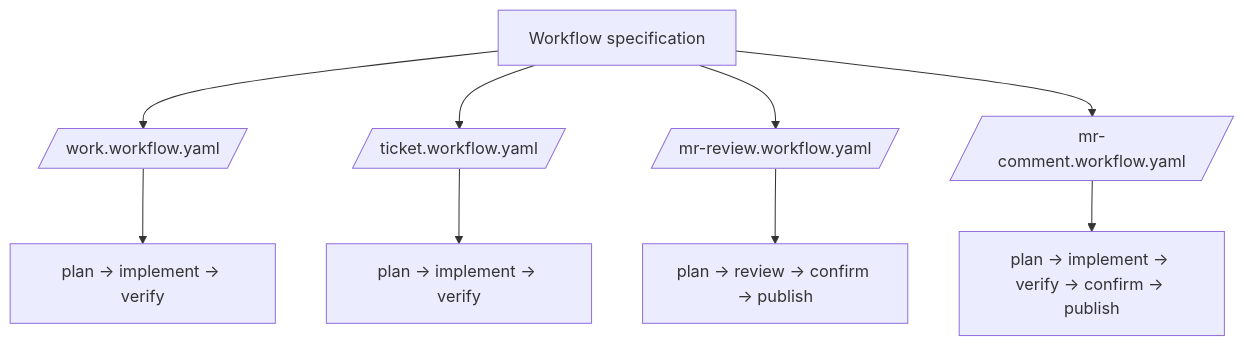
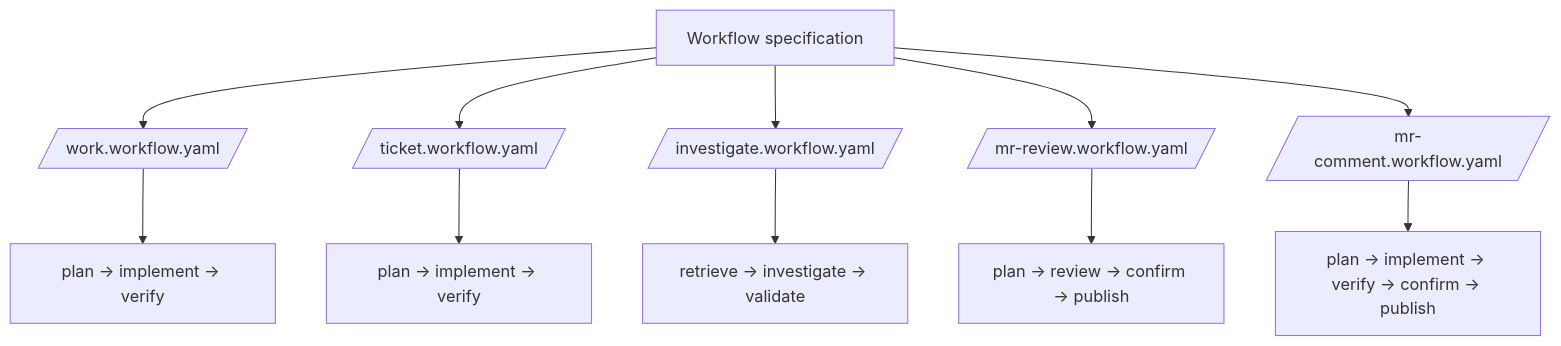
The first of 2 diagrams in .pi/README.md (wichayutdew/dotfiles), drawn with Mermaid before and after one commit. The commit also changed 6 other files, not shown here.

Commit message:
feat: add investigate workflow

````diff
--- a/.pi/README.md
+++ b/.pi/README.md
@@ -6,12 +6,14 @@
 ```mermaid
 flowchart TD
     S[Workflow specification] --> W[/work.workflow.yaml/]
     S --> T[/ticket.workflow.yaml/]
+    S --> I[/investigate.workflow.yaml/]
     S --> R[/mr-review.workflow.yaml/]
     S --> C[/mr-comment.workflow.yaml/]
 
     W --> WP[plan → implement → verify]
     T --> TP[plan → implement → verify]
+    I --> IP[retrieve → investigate → validate]
     R --> RP[plan → review → confirm → publish]
     C --> CP[plan → implement → verify → confirm → publish]
 ```
````
